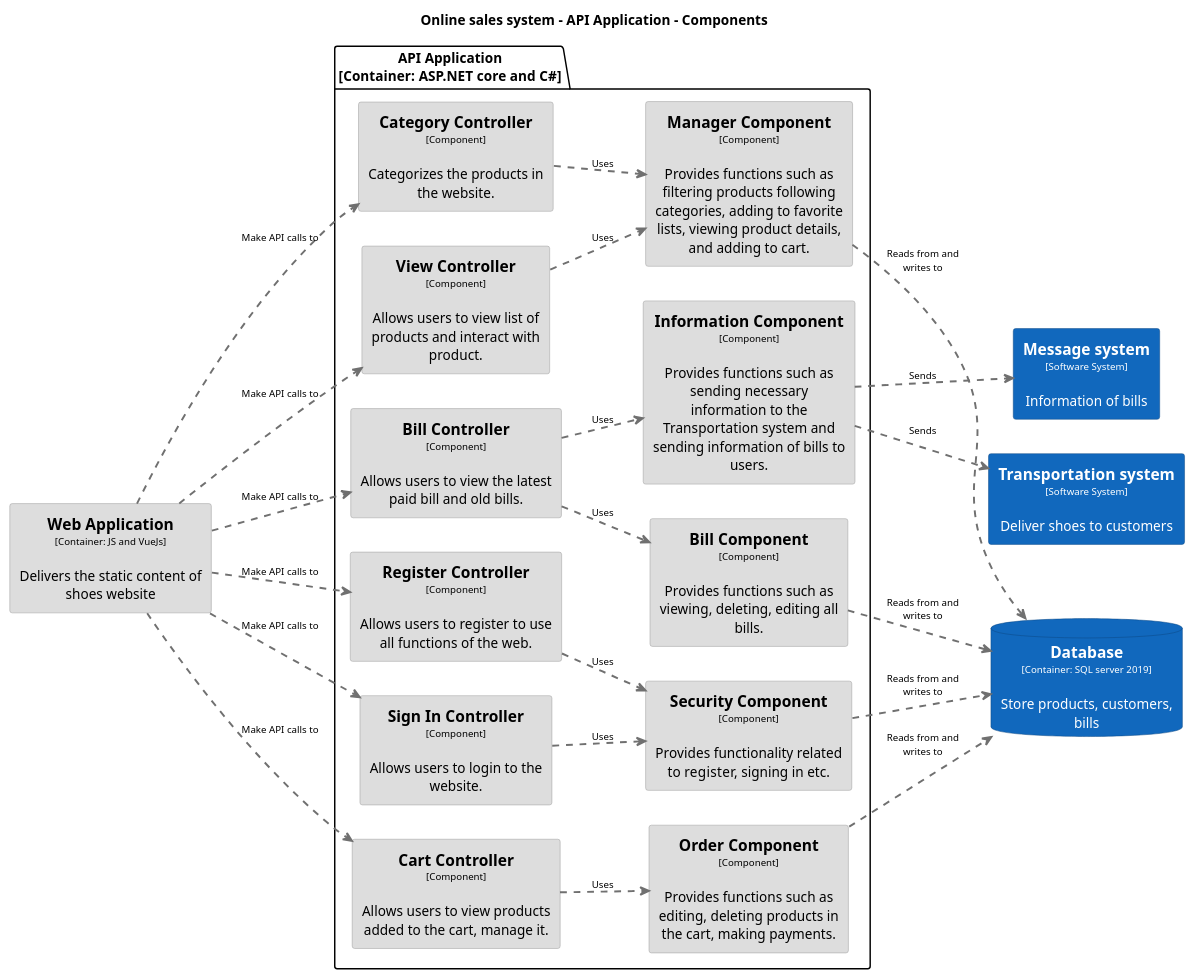
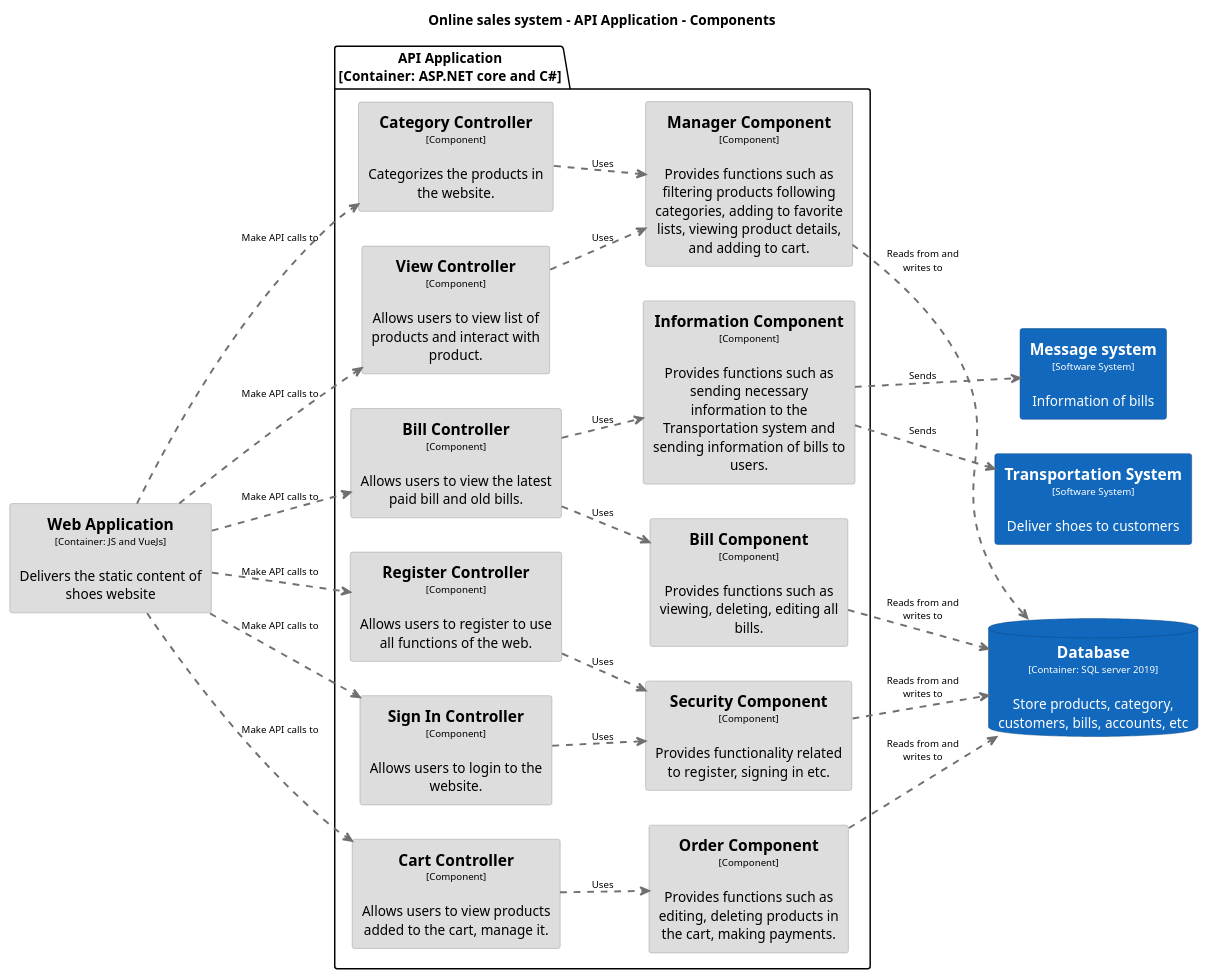
Before and after one commit to lantrannk/phan-tich-thiet-ke-oop: the diagram in export/Onlinesalessystem-APIApplication-Component.puml, drawn with PlantUML. The commit also changed 4 other files, not shown here.

```diff
--- a/export/Onlinesalessystem-APIApplication-Component.puml
+++ b/export/Onlinesalessystem-APIApplication-Component.puml
@@ -1,124 +1,124 @@
 @startuml(id=Onlinesalessystem-APIApplication-Component)
 title Online sales system - API Application - Components
 
 skinparam {
   shadowing false
   arrowFontSize 10
   defaultTextAlignment center
   wrapWidth 200
   maxMessageSize 100
 }
 hide stereotype
 left to right direction
-skinparam rectangle<<44>> {
+skinparam rectangle<<22>> {
+  BackgroundColor #dddddd
+  FontColor #000000
+  BorderColor #9a9a9a
+}
+skinparam rectangle<<66>> {
   BackgroundColor #1168bd
   FontColor #ffffff
   BorderColor #0b4884
 }
 skinparam rectangle<<11>> {
-  BackgroundColor #dddddd
-  FontColor #000000
-  BorderColor #9a9a9a
-}
-skinparam rectangle<<22>> {
   BackgroundColor #dddddd
   FontColor #000000
   BorderColor #9a9a9a
 }
 skinparam rectangle<<34>> {
   BackgroundColor #dddddd
   FontColor #000000
   BorderColor #9a9a9a
 }
 skinparam rectangle<<24>> {
   BackgroundColor #dddddd
   FontColor #000000
   BorderColor #9a9a9a
 }
 skinparam rectangle<<14>> {
   BackgroundColor #dddddd
   FontColor #000000
   BorderColor #9a9a9a
 }
-skinparam rectangle<<48>> {
-  BackgroundColor #1168bd
-  FontColor #ffffff
-  BorderColor #0b4884
-}
 skinparam rectangle<<26>> {
   BackgroundColor #dddddd
   FontColor #000000
   BorderColor #9a9a9a
 }
-skinparam database<<38>> {
-  BackgroundColor #1168bd
-  FontColor #ffffff
-  BorderColor #0b4884
+skinparam rectangle<<16>> {
+  BackgroundColor #dddddd
+  FontColor #000000
+  BorderColor #9a9a9a
 }
-skinparam rectangle<<16>> {
+skinparam rectangle<<18>> {
   BackgroundColor #dddddd
   FontColor #000000
   BorderColor #9a9a9a
 }
 skinparam rectangle<<29>> {
   BackgroundColor #dddddd
   FontColor #000000
   BorderColor #9a9a9a
 }
-skinparam rectangle<<18>> {
+skinparam rectangle<<4>> {
   BackgroundColor #dddddd
   FontColor #000000
   BorderColor #9a9a9a
 }
-skinparam rectangle<<4>> {
-  BackgroundColor #dddddd
-  FontColor #000000
-  BorderColor #9a9a9a
+skinparam rectangle<<70>> {
+  BackgroundColor #1168bd
+  FontColor #ffffff
+  BorderColor #0b4884
 }
 skinparam rectangle<<20>> {
   BackgroundColor #dddddd
   FontColor #000000
   BorderColor #9a9a9a
 }
+skinparam database<<54>> {
+  BackgroundColor #1168bd
+  FontColor #ffffff
+  BorderColor #0b4884
+}
 skinparam rectangle<<32>> {
   BackgroundColor #dddddd
   FontColor #000000
   BorderColor #9a9a9a
 }
-database "==Database\n<size:10>[Container: SQL server 2019]</size>\n\nStore products, customers, bills" <<38>> as 38
-rectangle "==Message system\n<size:10>[Software System]</size>\n\nInformation of bills" <<48>> as 48
-rectangle "==Transportation system\n<size:10>[Software System]</size>\n\nDeliver shoes to customers" <<44>> as 44
+database "==Database\n<size:10>[Container: SQL server 2019]</size>\n\nStore products, category, customers, bills, accounts, etc" <<54>> as 54
+rectangle "==Message system\n<size:10>[Software System]</size>\n\nInformation of bills" <<70>> as 70
+rectangle "==Transportation System\n<size:10>[Software System]</size>\n\nDeliver shoes to customers" <<66>> as 66
 rectangle "==Web Application\n<size:10>[Container: JS and VueJs]</size>\n\nDelivers the static content of shoes website" <<4>> as 4
 package "API Application\n[Container: ASP.NET core and C#]" {
   rectangle "==Bill Component\n<size:10>[Component]</size>\n\nProvides functions such as viewing, deleting, editing all bills." <<34>> as 34
   rectangle "==Bill Controller\n<size:10>[Component]</size>\n\nAllows users to view the latest paid bill and old bills." <<20>> as 20
   rectangle "==Cart Controller\n<size:10>[Component]</size>\n\nAllows users to view products added to the cart, manage it." <<16>> as 16
   rectangle "==Category Controller\n<size:10>[Component]</size>\n\nCategorizes the products in the website." <<22>> as 22
   rectangle "==Information Component\n<size:10>[Component]</size>\n\nProvides functions such as sending necessary information to the Transportation system and sending information of bills to users." <<24>> as 24
   rectangle "==Manager Component\n<size:10>[Component]</size>\n\nProvides functions such as filtering products following categories, adding to favorite lists, viewing product details, and adding to cart." <<29>> as 29
   rectangle "==Order Component\n<size:10>[Component]</size>\n\nProvides functions such as editing, deleting products in the cart, making payments." <<32>> as 32
   rectangle "==Register Controller\n<size:10>[Component]</size>\n\nAllows users to register to use all functions of the web." <<11>> as 11
   rectangle "==Security Component\n<size:10>[Component]</size>\n\nProvides functionality related to register, signing in etc." <<26>> as 26
   rectangle "==Sign In Controller\n<size:10>[Component]</size>\n\nAllows users to login to the website." <<14>> as 14
   rectangle "==View Controller\n<size:10>[Component]</size>\n\nAllows users to view list of products and interact with product." <<18>> as 18
 }
-34 .[#707070,thickness=2].> 38 : "Reads from and writes to"
+34 .[#707070,thickness=2].> 54 : "Reads from and writes to"
 20 .[#707070,thickness=2].> 34 : "Uses"
 20 .[#707070,thickness=2].> 24 : "Uses"
 16 .[#707070,thickness=2].> 32 : "Uses"
 22 .[#707070,thickness=2].> 29 : "Uses"
-24 .[#707070,thickness=2].> 48 : "Sends"
-24 .[#707070,thickness=2].> 44 : "Sends"
-29 .[#707070,thickness=2].> 38 : "Reads from and writes to"
-32 .[#707070,thickness=2].> 38 : "Reads from and writes to"
+24 .[#707070,thickness=2].> 70 : "Sends"
+24 .[#707070,thickness=2].> 66 : "Sends"
+29 .[#707070,thickness=2].> 54 : "Reads from and writes to"
+32 .[#707070,thickness=2].> 54 : "Reads from and writes to"
 11 .[#707070,thickness=2].> 26 : "Uses"
-26 .[#707070,thickness=2].> 38 : "Reads from and writes to"
+26 .[#707070,thickness=2].> 54 : "Reads from and writes to"
 14 .[#707070,thickness=2].> 26 : "Uses"
 18 .[#707070,thickness=2].> 29 : "Uses"
 4 .[#707070,thickness=2].> 20 : "Make API calls to"
 4 .[#707070,thickness=2].> 16 : "Make API calls to"
 4 .[#707070,thickness=2].> 22 : "Make API calls to"
 4 .[#707070,thickness=2].> 11 : "Make API calls to"
 4 .[#707070,thickness=2].> 14 : "Make API calls to"
 4 .[#707070,thickness=2].> 18 : "Make API calls to"
 @enduml
```
